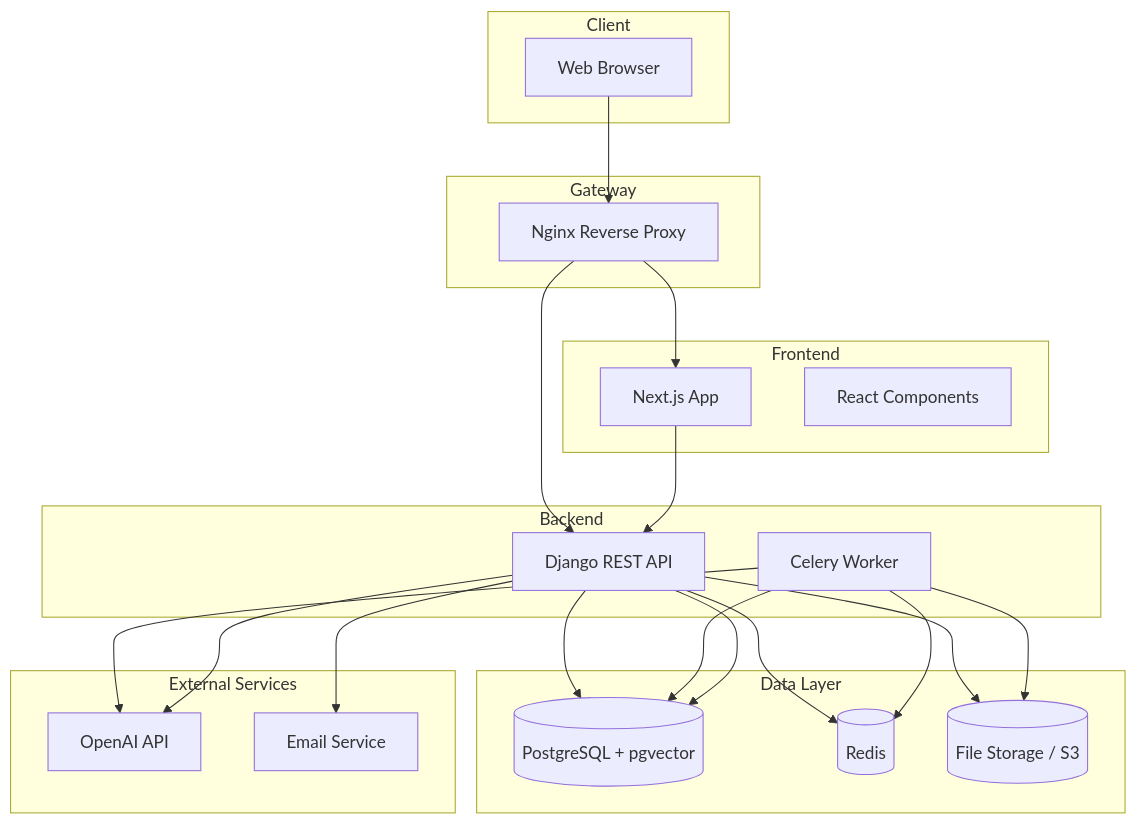
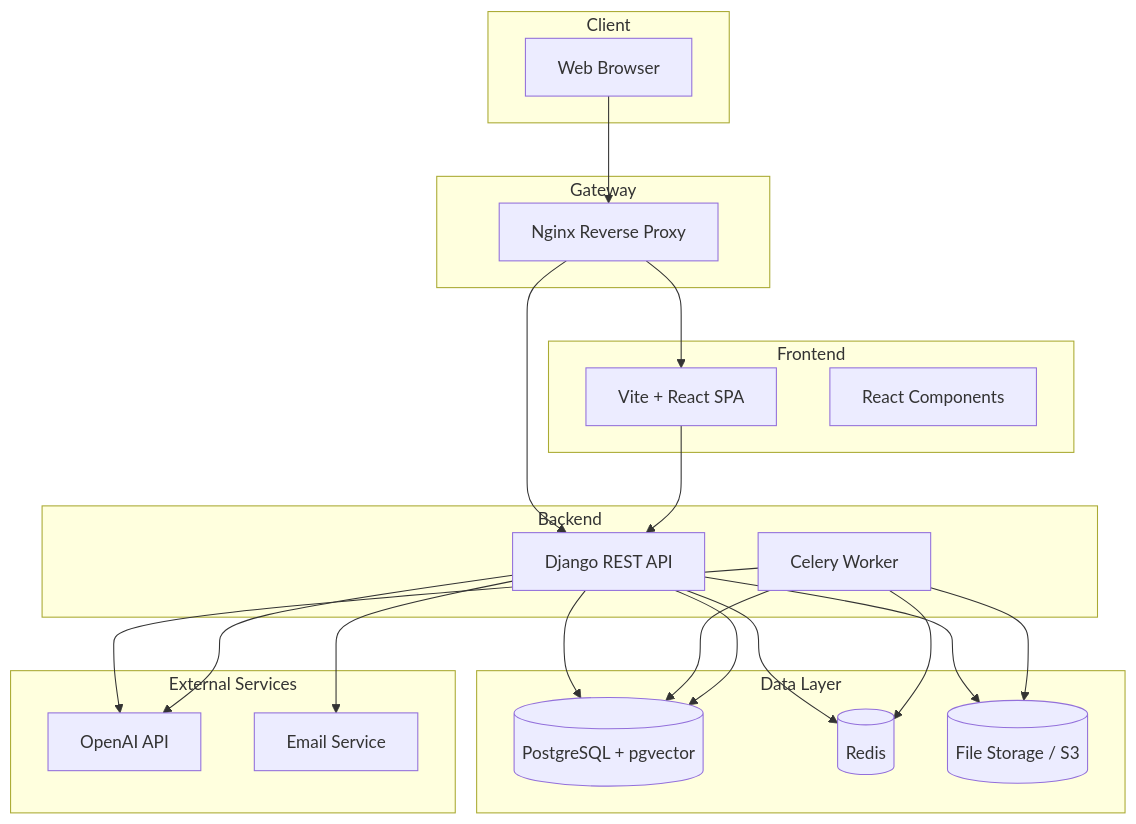
The third of 3 diagrams in docs/design/component-diagram.md (yukiharada1228/videoq), drawn with Mermaid before and after one commit. The commit also changed other lines of this file and 6 other files, not shown here.

````diff
--- a/docs/design/component-diagram.md
+++ b/docs/design/component-diagram.md
@@ -167,46 +167,46 @@
 ```mermaid
 graph TB
     subgraph Client["Client"]
         Browser[Web Browser]
     end
     
     subgraph Frontend["Frontend"]
-        NextJS[Next.js App]
+        FrontendSPA[Vite + React SPA]
         ReactComponents[React Components]
     end
     
     subgraph Gateway["Gateway"]
         Nginx[Nginx Reverse Proxy]
     end
     
     subgraph Backend["Backend"]
         DjangoAPI[Django REST API]
         CeleryWorker[Celery Worker]
     end
     
     subgraph Data["Data Layer"]
         PostgreSQL[(PostgreSQL + pgvector)]
         Redis[(Redis)]
         FileStorage[(File Storage / S3)]
     end
     
     subgraph External["External Services"]
         OpenAI[OpenAI API]
         EmailService[Email Service]
     end
     
     Browser --> Nginx
-    Nginx --> NextJS
+    Nginx --> FrontendSPA
     Nginx --> DjangoAPI
-    NextJS --> DjangoAPI
+    FrontendSPA --> DjangoAPI
     DjangoAPI --> PostgreSQL
     DjangoAPI --> Redis
     DjangoAPI --> FileStorage
     CeleryWorker --> Redis
     CeleryWorker --> PostgreSQL
     CeleryWorker --> FileStorage
     CeleryWorker --> OpenAI
     DjangoAPI --> OpenAI
     DjangoAPI --> EmailService
     DjangoAPI --> PostgreSQL
 ```
````
